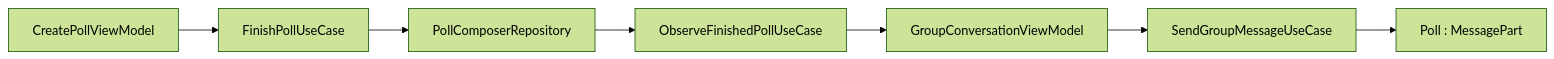
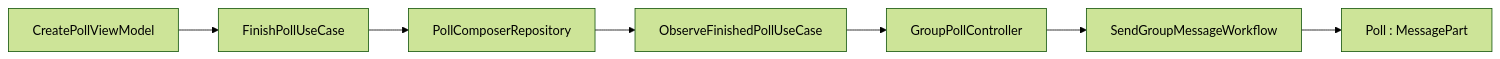
The diagram in docs/features/polls.md (cbgm/Sparrow), drawn with Mermaid (forest theme) before and after one commit. The commit also changed other lines of this file and 1098 other files, not shown here.

````diff
--- a/docs/features/polls.md
+++ b/docs/features/polls.md
@@ -22,9 +22,9 @@
 ```mermaid
 flowchart LR
     CREATE[CreatePollViewModel] --> FINISH[FinishPollUseCase]
     FINISH --> REPO[PollComposerRepository]
     REPO --> OBS[ObserveFinishedPollUseCase]
-    OBS --> GVM[GroupConversationViewModel]
-    GVM --> SEND[SendGroupMessageUseCase]
+    OBS --> GVM[GroupPollController]
+    GVM --> SEND[SendGroupMessageWorkflow]
     SEND --> PART[Poll : MessagePart]
 ```
````
